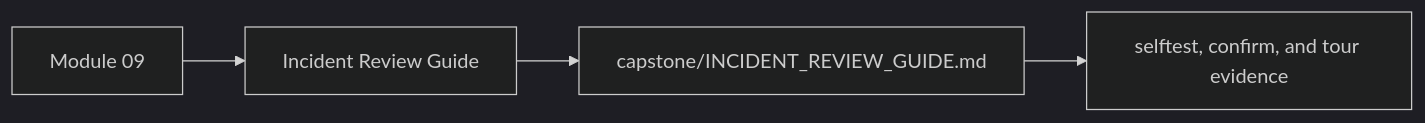
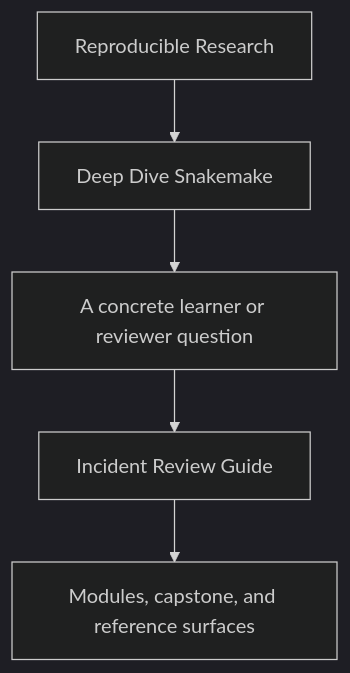
The first of 2 diagrams in programs/reproducible-research/deep-dive-snakemake/course-book/guides/incident-review-guide.md (bijux/bijux-masterclass), drawn with Mermaid (dark theme) before and after one commit. The commit also changed other lines of this file and 29 other files, not shown here.

Commit message:
docs(deep-dive-snakemake): sharpen guide and reference diagrams

````diff
--- a/programs/reproducible-research/deep-dive-snakemake/course-book/guides/incident-review-guide.md
+++ b/programs/reproducible-research/deep-dive-snakemake/course-book/guides/incident-review-guide.md
@@ -9,6 +9,7 @@
 ```mermaid
-graph LR
-  module["Module 09"] --> guide["Incident Review Guide"]
-  guide --> local["capstone/INCIDENT_REVIEW_GUIDE.md"]
-  local --> evidence["selftest, confirm, and tour evidence"]
+flowchart TD
+  family["Reproducible Research"] --> program["Deep Dive Snakemake"]
+  program --> pressure["A concrete learner or reviewer question"]
+  pressure --> guide["Incident Review Guide"]
+  guide --> next["Modules, capstone, and reference surfaces"]
 ```
````
